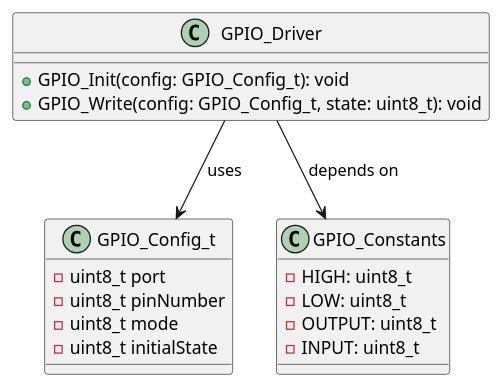
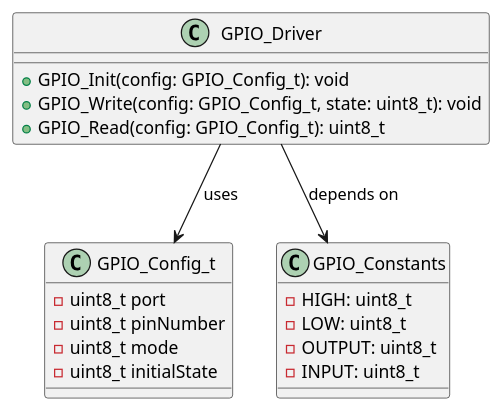
One commit to klatos19/gpio-driver changed the diagram in GPIO_Driver/src/GPIO_Driver_architecture.puml. Above: the diagram before and after it, drawn with PlantUML.

Commit message:
pWIP] update the GPIO_Driver_architecture

```diff
--- a/GPIO_Driver/src/GPIO_Driver_architecture.puml
+++ b/GPIO_Driver/src/GPIO_Driver_architecture.puml
@@ -1,31 +1,32 @@
 @startuml
 
 ' Define GPIO_Config_t class with attributes
 class GPIO_Config_t {
   - uint8_t port
   - uint8_t pinNumber
   - uint8_t mode
   - uint8_t initialState
 }
 
 ' Define GPIO driver functions as methods of a class
 class GPIO_Driver {
   + GPIO_Init(config: GPIO_Config_t): void
   + GPIO_Write(config: GPIO_Config_t, state: uint8_t): void
+  + GPIO_Read(config: GPIO_Config_t): uint8_t
 }
 
 ' Relationships between classes
 GPIO_Driver --> GPIO_Config_t : uses
 
 ' Define constants for GPIO states and modes
 class GPIO_Constants {
   - HIGH: uint8_t
   - LOW: uint8_t
   - OUTPUT: uint8_t
   - INPUT: uint8_t
 }
 
 ' Relationships between constants and GPIO_Driver
 GPIO_Driver --> GPIO_Constants : depends on
 
 @enduml
```
